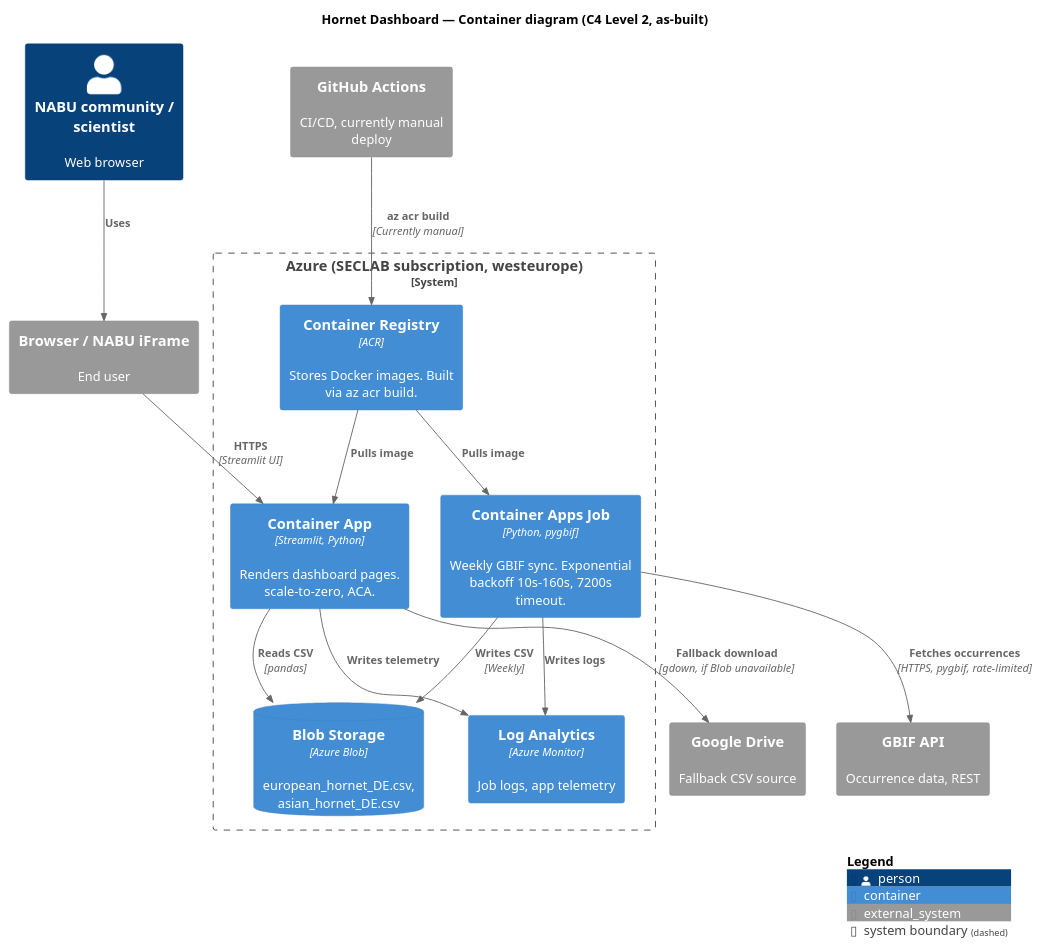
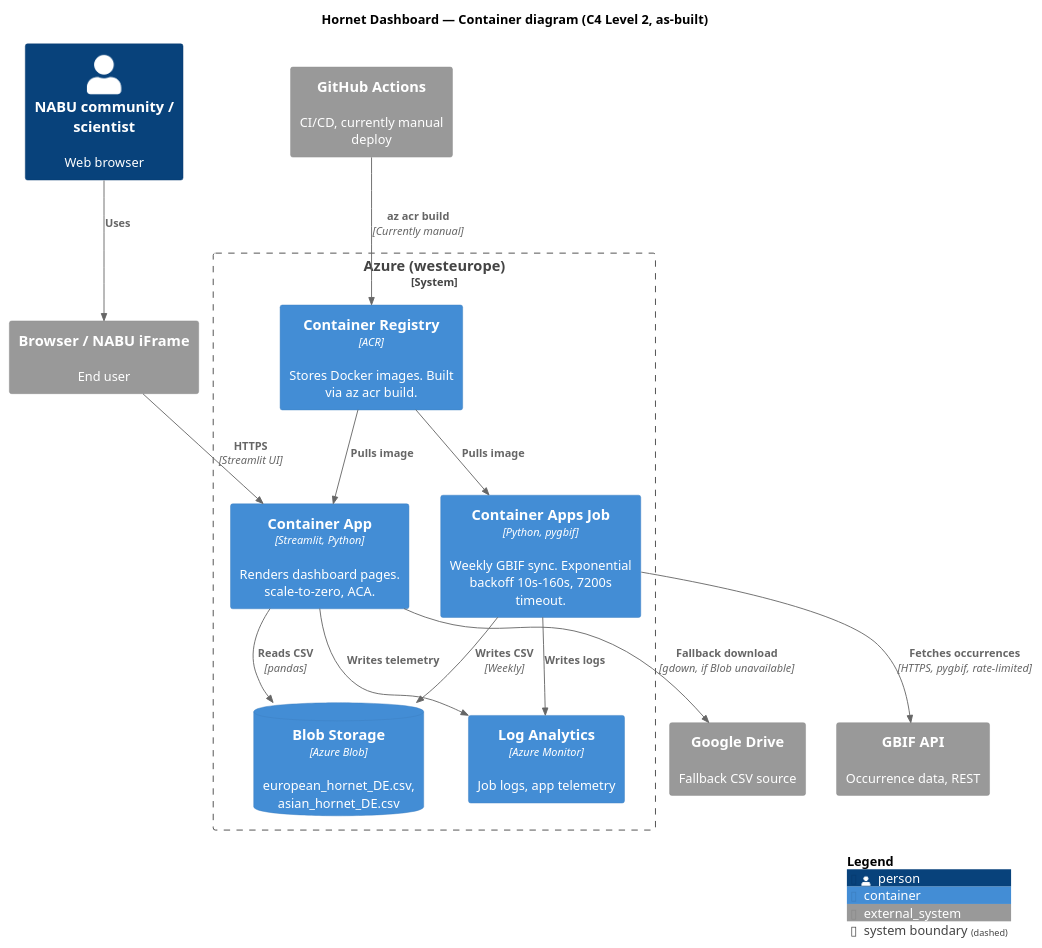
The diagram in docs/architecture/c4-l2-container.puml (VitaliiShevchuk2023/hornet-dashboard), drawn with PlantUML before and after one commit.

Commit message:
Update C4 L2 Container diagram

```diff
--- a/docs/architecture/c4-l2-container.puml
+++ b/docs/architecture/c4-l2-container.puml
@@ -1,37 +1,37 @@
 @startuml C4_L2_Container
 !include c4lib/C4_Container.puml
 
 title Hornet Dashboard — Container diagram (C4 Level 2, as-built)
 
 Person(community, "NABU community / scientist", "Web browser")
 
-System_Boundary(azure, "Azure (SECLAB subscription, westeurope)") {
+System_Boundary(azure, "Azure (westeurope)") {
     Container(app, "Container App", "Streamlit, Python", "Renders dashboard pages. scale-to-zero, ACA.")
     Container(job, "Container Apps Job", "Python, pygbif", "Weekly GBIF sync. Exponential backoff 10s-160s, 7200s timeout.")
     ContainerDb(blob, "Blob Storage", "Azure Blob", "european_hornet_DE.csv, asian_hornet_DE.csv")
     Container(acr, "Container Registry", "ACR", "Stores Docker images. Built via az acr build.")
     Container(logs, "Log Analytics", "Azure Monitor", "Job logs, app telemetry")
 }
 
 System_Ext(gbif, "GBIF API", "Occurrence data, REST")
 System_Ext(gdrive, "Google Drive", "Fallback CSV source")
 System_Ext(gh, "GitHub Actions", "CI/CD, currently manual deploy")
 System_Ext(browser, "Browser / NABU iFrame", "End user")
 
 Rel(community, browser, "Uses")
 Rel(browser, app, "HTTPS", "Streamlit UI")
 
 Rel(job, gbif, "Fetches occurrences", "HTTPS, pygbif, rate-limited")
 Rel(job, blob, "Writes CSV", "Weekly")
 Rel(app, blob, "Reads CSV", "pandas")
 Rel(app, gdrive, "Fallback download", "gdown, if Blob unavailable")
 
 Rel(acr, app, "Pulls image")
 Rel(acr, job, "Pulls image")
 Rel(gh, acr, "az acr build", "Currently manual")
 
 Rel(job, logs, "Writes logs")
 Rel(app, logs, "Writes telemetry")
 
 SHOW_LEGEND()
 @enduml
```
